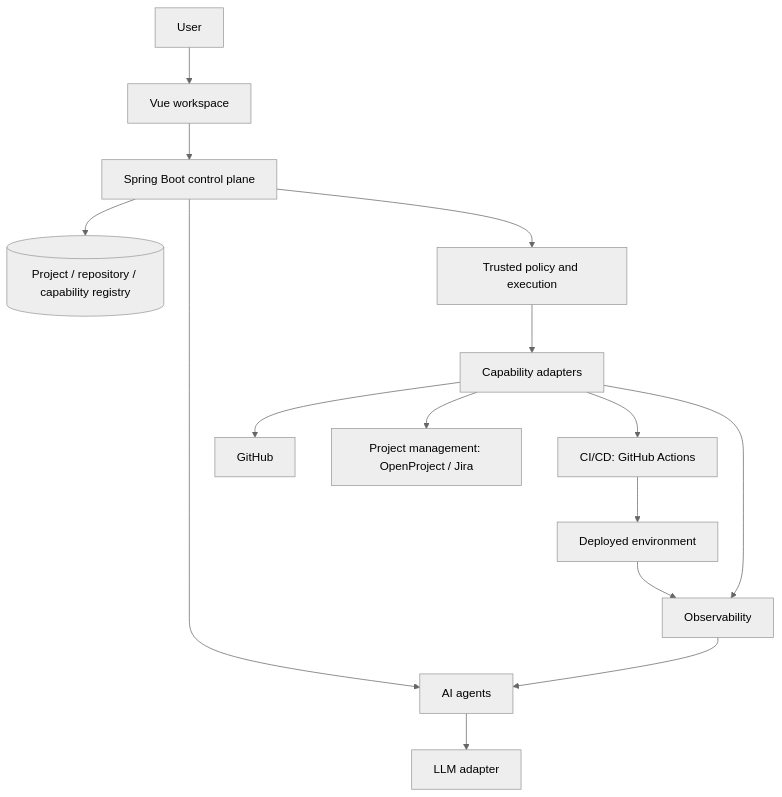
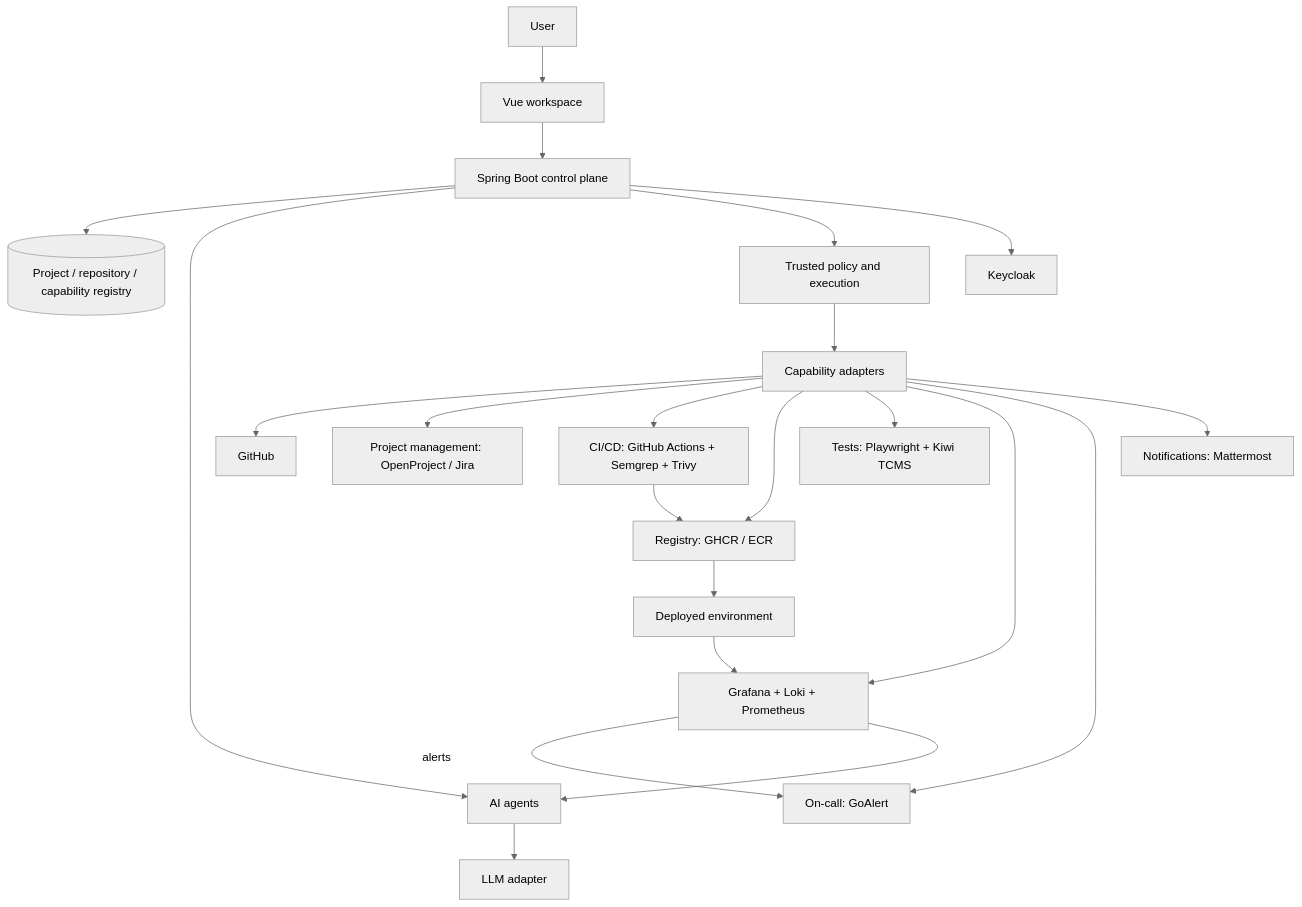
The second of 2 diagrams in Requirements.md (bumbapartha/UnityStack), drawn with Mermaid (neutral theme) before and after one commit. The commit also changed other lines of this file and 2 other files, not shown here.

First line of the commit message:
Record tool and architecture decisions (PRD v2.1, plan v1.1)

````diff
--- a/Requirements.md
+++ b/Requirements.md
@@ -479,17 +541,24 @@
 ```mermaid
 flowchart TB
   User[User] --> Portal[Vue workspace]
   Portal --> API[Spring Boot control plane]
   API --> Registry[(Project / repository / capability registry)]
   API --> Agents[AI agents]
   Agents --> LLM[LLM adapter]
   API --> Policy[Trusted policy and execution]
   Policy --> Adapters[Capability adapters]
   Adapters --> GitHub[GitHub]
   Adapters --> PM[Project management: OpenProject / Jira]
-  Adapters --> CI[CI/CD: GitHub Actions]
-  Adapters --> Obs[Observability]
-  CI --> Env[Deployed environment]
+  Adapters --> CI[CI/CD: GitHub Actions + Semgrep + Trivy]
+  Adapters --> Reg[Registry: GHCR / ECR]
+  Adapters --> Test[Tests: Playwright + Kiwi TCMS]
+  Adapters --> Obs[Grafana + Loki + Prometheus]
+  Adapters --> OnCall[On-call: GoAlert]
+  Adapters --> Notify[Notifications: Mattermost]
+  API --> IdP[Keycloak]
+  CI --> Reg
+  Reg --> Env[Deployed environment]
   Env --> Obs
+  Obs -->|alerts| OnCall
   Obs --> Agents
 ```
````
